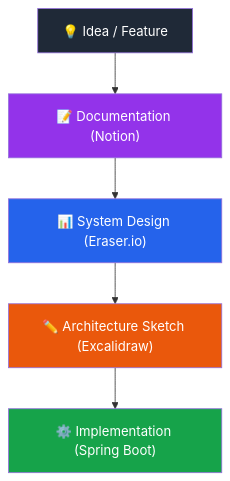
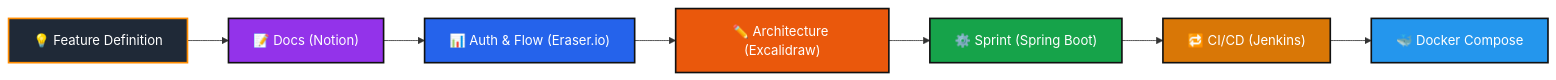
Before and after one commit to Mahir-Agarwal/Mahir-Agarwal: the diagram in README.md, drawn with Mermaid. The commit also changed other lines of this file, not shown here.

````diff
--- a/README.md
+++ b/README.md
@@ -63,14 +51,18 @@
 ```mermaid
-flowchart TD
+flowchart LR
 
-Idea["💡 Idea / Feature"] --> Notion["📝 Documentation (Notion)"]
-Notion --> Design["📊 System Design (Eraser.io)"]
-Design --> Sketch["✏️ Architecture Sketch (Excalidraw)"]
-Sketch --> Build["⚙️ Implementation (Spring Boot)"]
+Idea["💡 Feature Definition"] --> Notion["📝 Docs (Notion)"]
+Notion --> Design["📊 Auth & Flow (Eraser.io)"]
+Design --> Sketch["✏️ Architecture (Excalidraw)"]
+Sketch --> Build["⚙️ Sprint (Spring Boot)"]
+Build --> CI["🔁 CI/CD (Jenkins)"]
+CI --> Deploy["🐳 Docker Compose"]
 
-style Idea fill:#1f2937,color:#fff
-style Notion fill:#9333ea,color:#fff
-style Design fill:#2563eb,color:#fff
-style Sketch fill:#ea580c,color:#fff
-style Build fill:#16a34a,color:#fff
+style Idea fill:#1f2937,color:#fff,stroke:#FF8C00,stroke-width:2px
+style Notion fill:#9333ea,color:#fff,stroke:#111,stroke-width:2px
+style Design fill:#2563eb,color:#fff,stroke:#111,stroke-width:2px
+style Sketch fill:#ea580c,color:#fff,stroke:#111,stroke-width:2px
+style Build fill:#16a34a,color:#fff,stroke:#111,stroke-width:2px
+style CI fill:#d97706,color:#fff,stroke:#111,stroke-width:2px
+style Deploy fill:#2496ED,color:#fff,stroke:#111,stroke-width:2px
 ```
````
